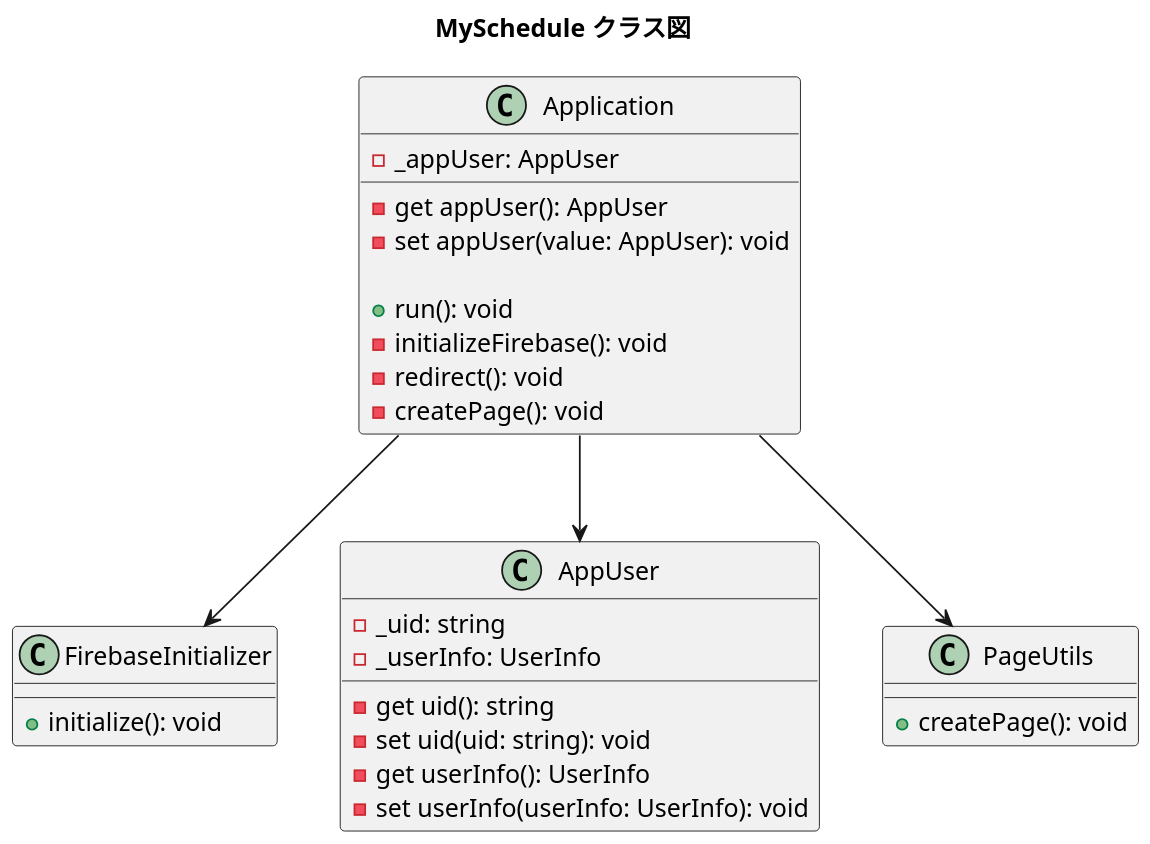
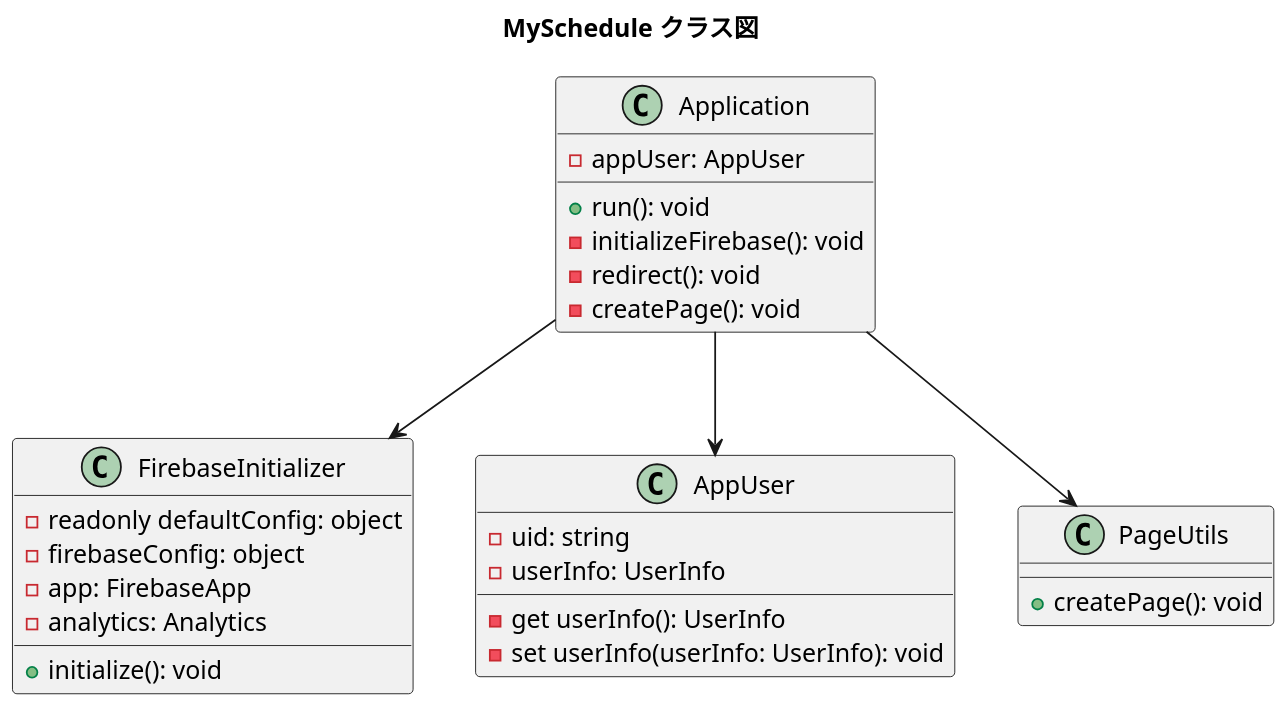
One commit to CA01971172/MySchedule changed the diagram in classUML.pu. Above: the diagram before and after it, drawn with PlantUML. The commit also changed 5 other files, not shown here.

```diff
--- a/classUML.pu
+++ b/classUML.pu
@@ -1,39 +1,39 @@
 @startuml MySchedule
 title MySchedule クラス図
 skinparam dpi 150
 
 class Application {
-  - _appUser: AppUser
-
-  - get appUser(): AppUser
-  - set appUser(value: AppUser): void
+  - appUser: AppUser
 
   + run(): void
   - initializeFirebase(): void
   - redirect(): void
   - createPage(): void
 }
 
 class FirebaseInitializer {
+  - readonly defaultConfig: object
+  - firebaseConfig: object
+  - app: FirebaseApp
+  - analytics: Analytics
+
   + initialize(): void
 }
 
 class AppUser {
-    - _uid: string
-    - _userInfo: UserInfo
+    - uid: string
+    - userInfo: UserInfo
 
-    - get uid(): string
-    - set uid(uid: string): void
     - get userInfo(): UserInfo
     - set userInfo(userInfo: UserInfo): void
 }
 
 class PageUtils {
   + createPage(): void
 }
 
 Application --> FirebaseInitializer
 Application --> AppUser
 Application --> PageUtils
 
 @enduml
```
